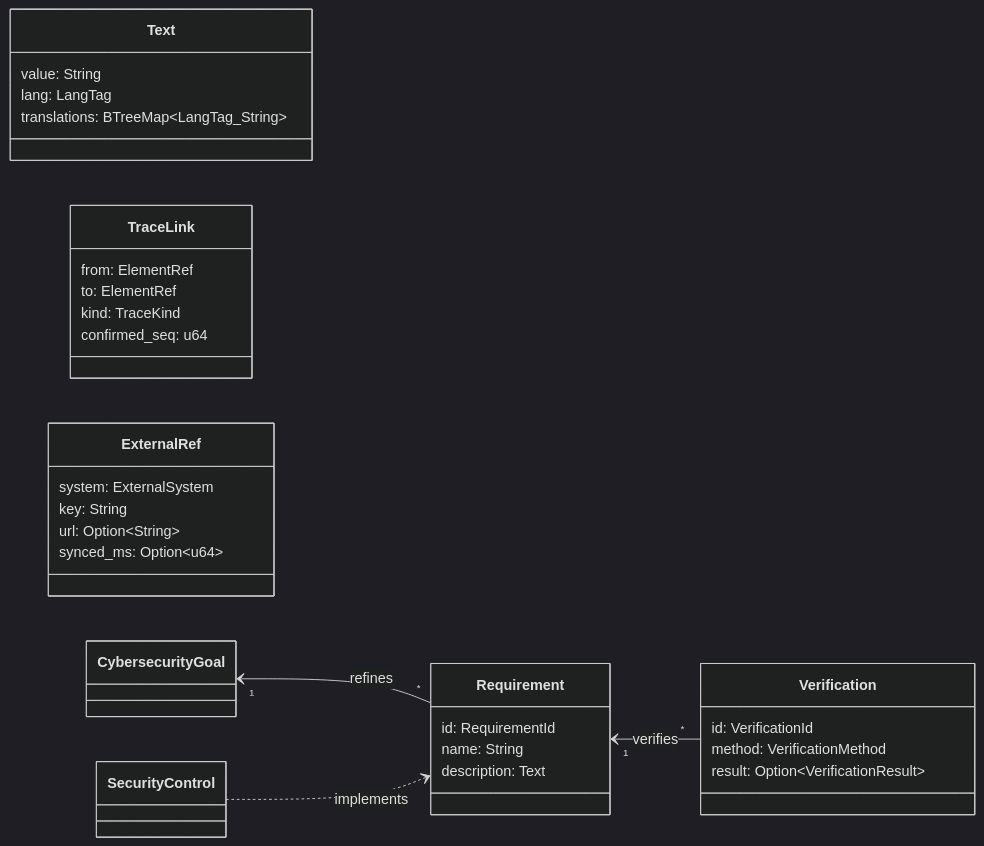
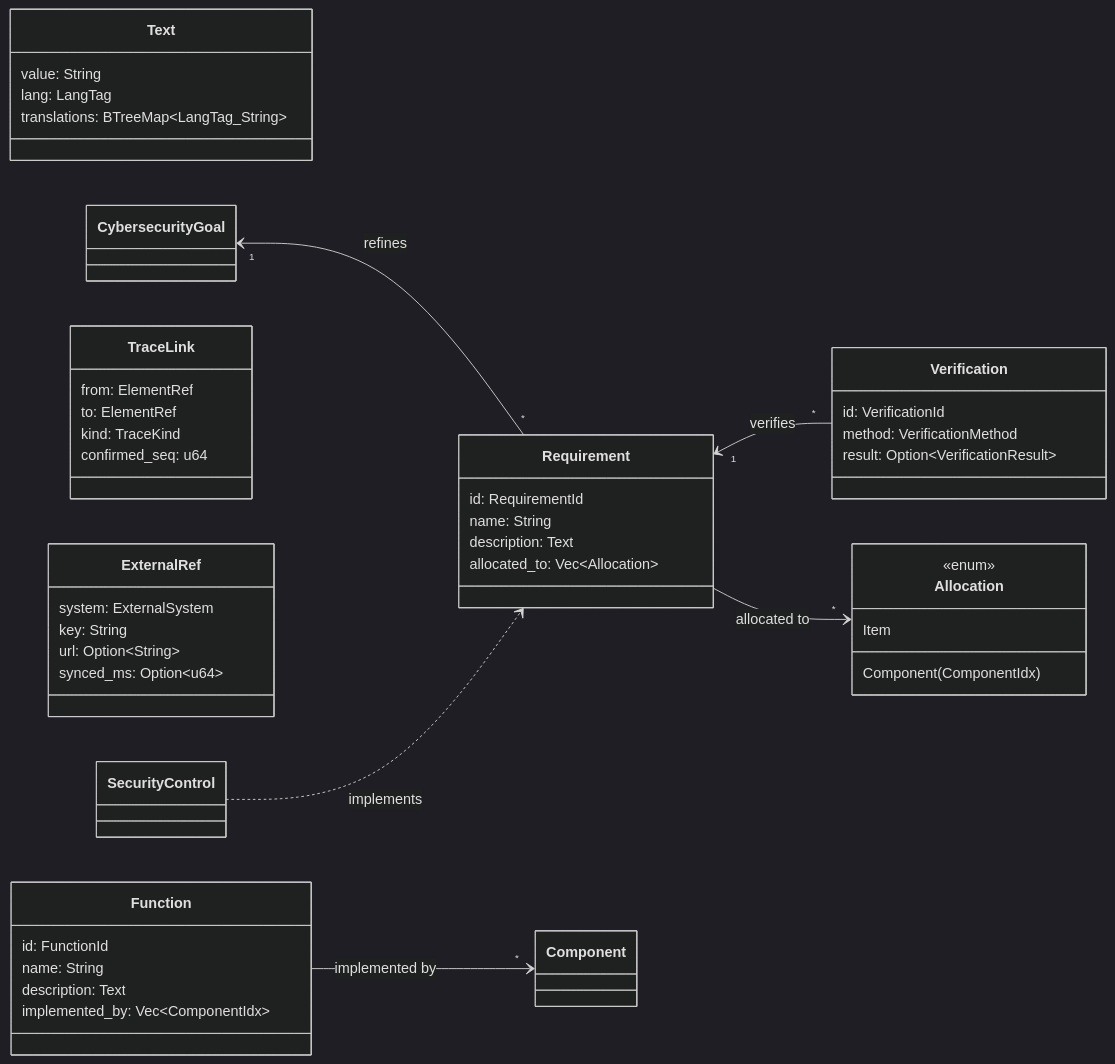
One commit to eNipu/AegisTARA changed diagram 26 of 29 in docs/architecture.md. Above: the diagram before and after it, drawn with Mermaid (dark theme). The commit also changed other lines of this file and 4 other files, not shown here.

First line of the commit message:
Close ISO/SAE 21434 Figure 3 gaps in the plan

````diff
--- a/docs/architecture.md
+++ b/docs/architecture.md
@@ -1957,34 +1957,48 @@
 ```mermaid
 classDiagram
     direction LR
     class Text {
         value: String
         lang: LangTag
         translations: BTreeMap~LangTag_String~
     }
     class Requirement {
         id: RequirementId
         name: String
         description: Text
+        allocated_to: Vec~Allocation~
+    }
+    class Allocation {
+        <<enum>>
+        Item
+        Component(ComponentIdx)
+    }
+    class Function {
+        id: FunctionId
+        name: String
+        description: Text
+        implemented_by: Vec~ComponentIdx~
     }
     class Verification {
         id: VerificationId
         method: VerificationMethod
         result: Option~VerificationResult~
     }
     class TraceLink {
         from: ElementRef
         to: ElementRef
         kind: TraceKind
         confirmed_seq: u64
     }
     class ExternalRef {
         system: ExternalSystem
         key: String
         url: Option~String~
         synced_ms: Option~u64~
     }
     CybersecurityGoal "1" <-- "*" Requirement : refines
     Requirement "1" <-- "*" Verification : verifies
     SecurityControl ..> Requirement : implements
+    Requirement --> "*" Allocation : allocated to
+    Function --> "*" Component : implemented by
 ```
````
